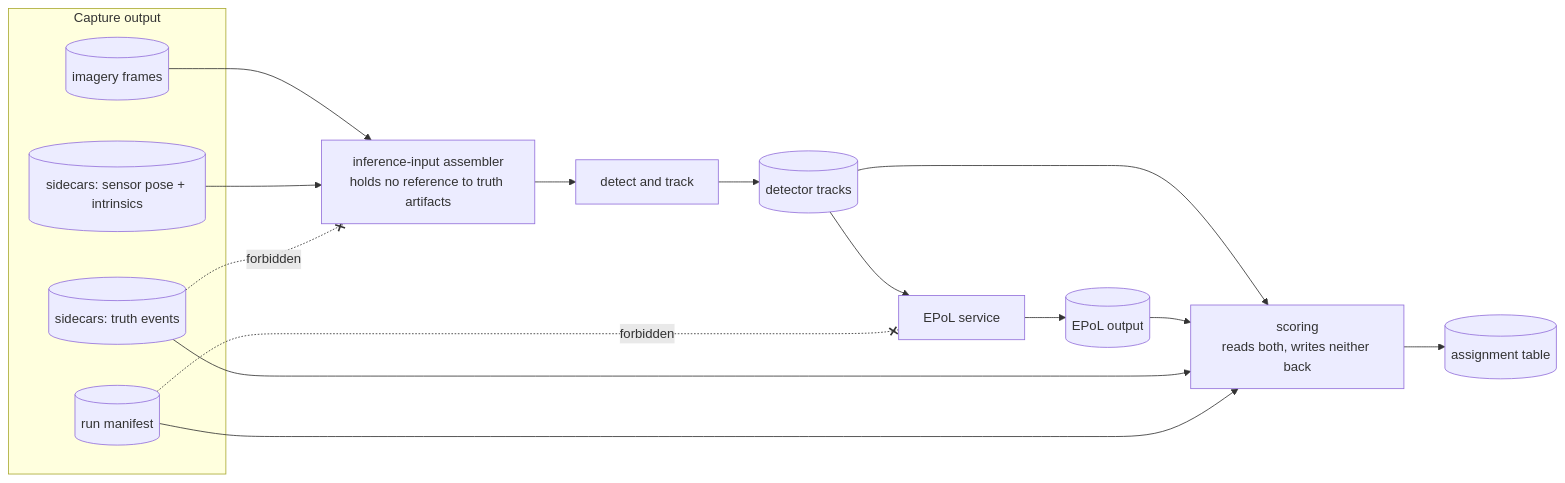
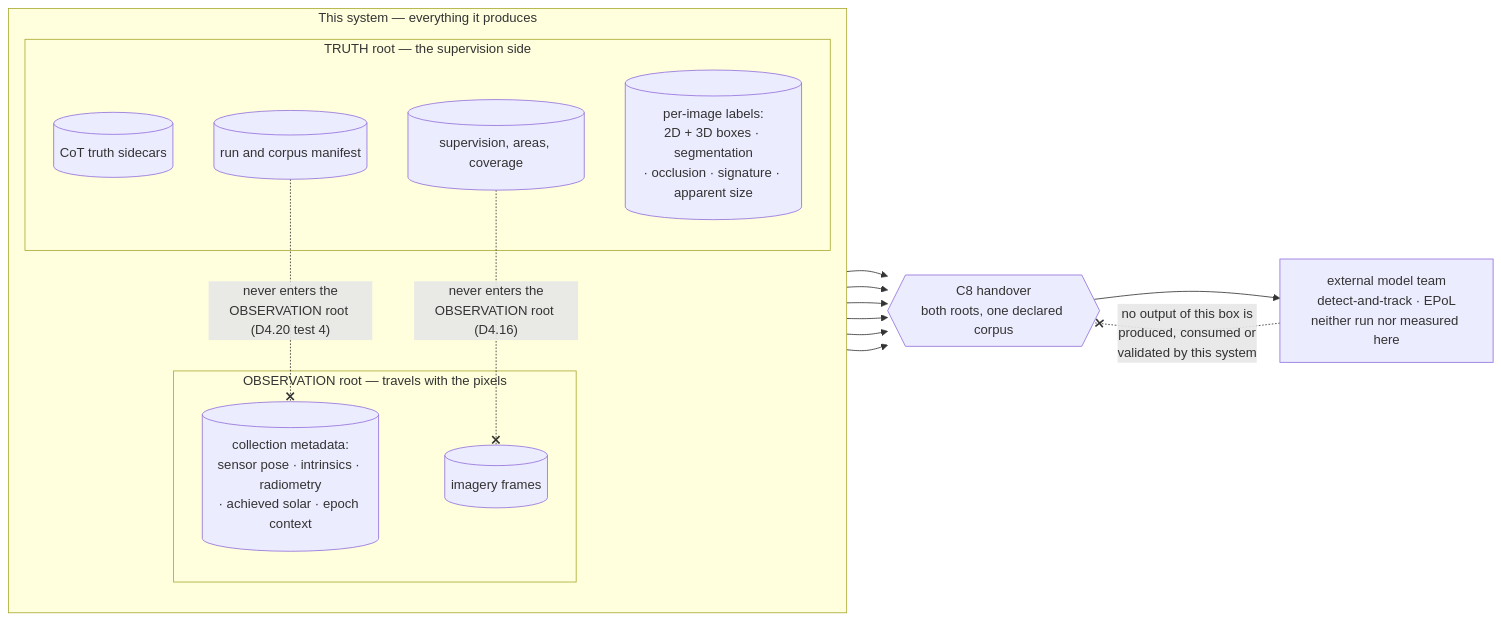
One commit to sbrett9/carla changed the fourth of 6 diagrams in Docs/CAT_Research/Plans/SUMO_Behavioral_Capture/04_Contracts.md. Above: the diagram before and after it, drawn with Mermaid. The commit also changed other lines of this file and 10 other files, not shown here.

````diff
--- a/Docs/CAT_Research/Plans/SUMO_Behavioral_Capture/04_Contracts.md
+++ b/Docs/CAT_Research/Plans/SUMO_Behavioral_Capture/04_Contracts.md
@@ -2259,27 +2308,29 @@
 ```mermaid
 flowchart LR
-  subgraph capture["Capture output"]
-    IMG[("imagery frames")]
-    SC[("sidecars: sensor pose + intrinsics")]
-    TRUTH[("sidecars: truth events")]
-    MAN[("run manifest")]
+  subgraph ours["This system — everything it produces"]
+    direction TB
+    subgraph obs["OBSERVATION root — travels with the pixels"]
+      IMG[("imagery frames")]
+      COL[("collection metadata:<br/>sensor pose · intrinsics · radiometry<br/>· achieved solar · epoch context")]
+    end
+    subgraph tru["TRUTH root — the supervision side"]
+      SID[("CoT truth sidecars")]
+      LAB[("per-image labels:<br/>2D + 3D boxes · segmentation<br/>· occlusion · signature · apparent size")]
+      SUP[("supervision, areas, coverage")]
+      MAN[("run and corpus manifest")]
+    end
   end
-  ASM["inference-input assembler<br/>holds no reference to truth artifacts"]
-  DT["detect and track"]
-  TRK[("detector tracks")]
-  EP["EPoL service"]
-  OUT[("EPoL output")]
-  SCORE["scoring<br/>reads both, writes neither back"]
-  ASSIGN[("assignment table")]
+  HAND{{"C8 handover<br/>both roots, one declared corpus"}}
+  EXT["external model team<br/>detect-and-track · EPoL<br/>neither run nor measured here"]
 
-  IMG --> ASM
-  SC --> ASM
-  ASM --> DT --> TRK --> EP --> OUT
-  TRK --> SCORE
-  OUT --> SCORE
-  TRUTH --> SCORE
-  MAN --> SCORE
-  SCORE --> ASSIGN
-  TRUTH -. "forbidden" .-x ASM
-  MAN -. "forbidden" .-x EP
+  IMG --> HAND
+  COL --> HAND
+  SID --> HAND
+  LAB --> HAND
+  SUP --> HAND
+  MAN --> HAND
+  HAND --> EXT
+  MAN -. "never enters the<br/>OBSERVATION root (D4.20 test 4)" .-x COL
+  SUP -. "never enters the<br/>OBSERVATION root (D4.16)" .-x IMG
+  EXT -. "no output of this box is<br/>produced, consumed or<br/>validated by this system" .-x HAND
 ```
````
